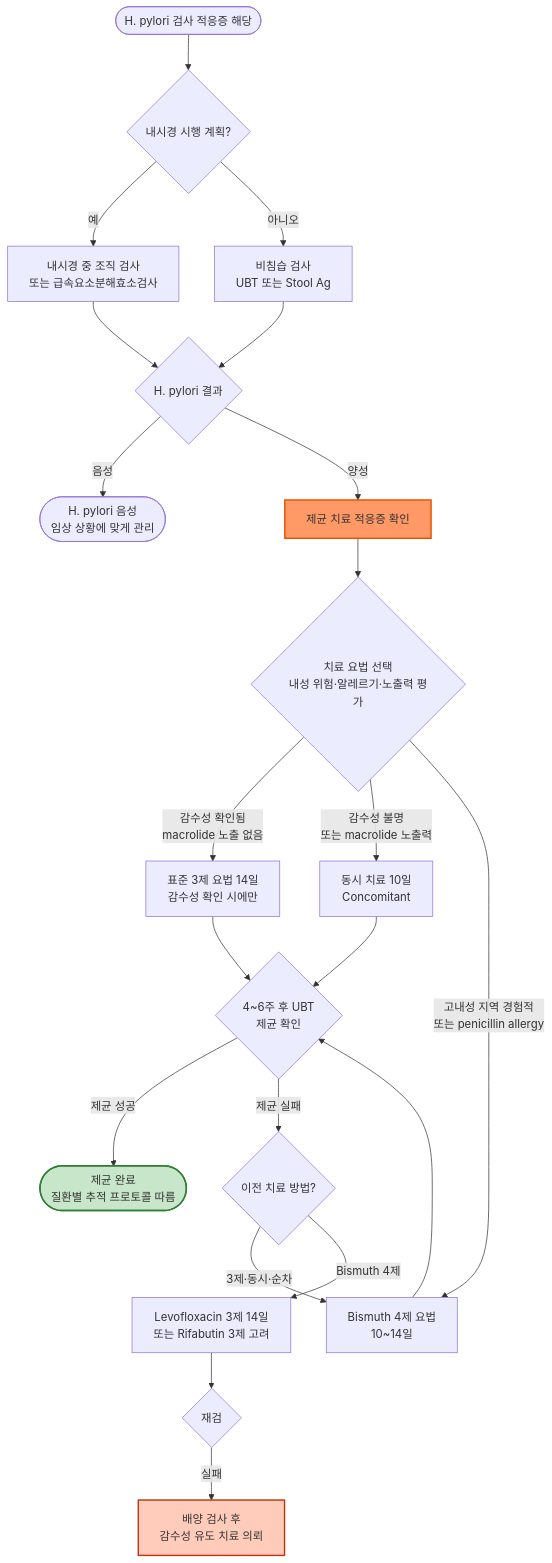
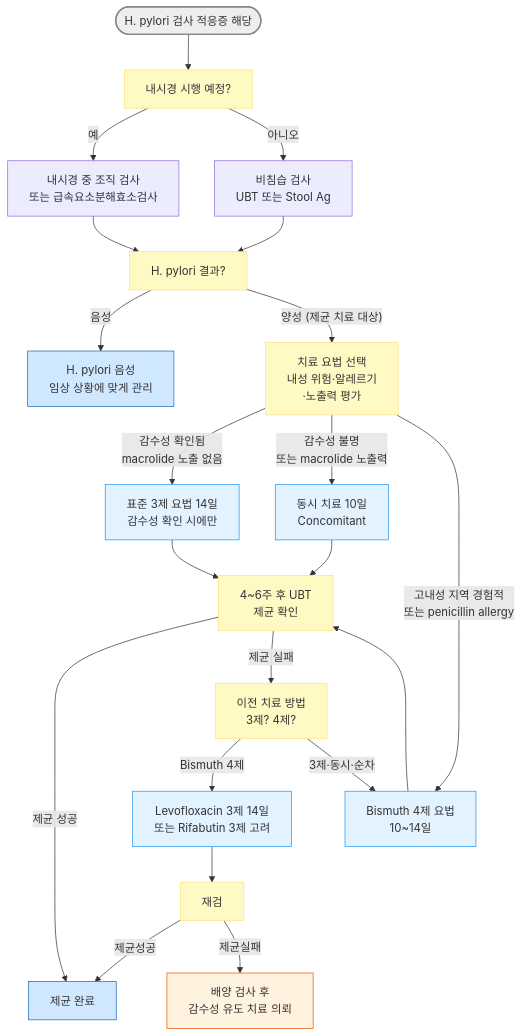
The diagram in 224_/080_-helicobacter-pylori-infection.md (familyoh77/familyoh77), drawn with Mermaid before and after one commit. The commit also changed other lines of this file, not shown here.

````diff
--- a/224_/080_-helicobacter-pylori-infection.md
+++ b/224_/080_-helicobacter-pylori-infection.md
@@ -118,27 +98,32 @@
 ```mermaid
 flowchart TD
-    A([H. pylori 검사 적응증 해당]) --> B{내시경 시행 계획?}
+    A([H. pylori 검사 적응증 해당]) --> B[내시경 시행 예정?]
     B -- 예 --> C[내시경 중 조직 검사<br/>또는 급속요소분해효소검사]
     B -- 아니오 --> D[비침습 검사<br/>UBT 또는 Stool Ag]
-    C --> E{H. pylori 결과}
+    C --> E[H. pylori 결과?]
     D --> E
-    E -- 음성 --> F([H. pylori 음성<br/>임상 상황에 맞게 관리])
-    E -- 양성 --> G[제균 치료 적응증 확인]
-    G --> H{치료 요법 선택<br/>내성 위험·알레르기·노출력 평가}
+    E -- 음성 --> F[H. pylori 음성<br/>임상 상황에 맞게 관리]
+    E -- 양성 (제균 치료 대상) --> H[치료 요법 선택<br/>내성 위험·알레르기<br/>·노출력 평가]
     H -- 감수성 확인됨<br/>macrolide 노출 없음 --> I[표준 3제 요법 14일<br/>감수성 확인 시에만]
     H -- 감수성 불명<br/>또는 macrolide 노출력 --> J[동시 치료 10일<br/>Concomitant]
     H -- 고내성 지역 경험적<br/>또는 penicillin allergy --> K[Bismuth 4제 요법<br/>10~14일]
-    I --> L{4~6주 후 UBT<br/>제균 확인}
+    I --> L[4~6주 후 UBT<br/>제균 확인]
     J --> L
     K --> L
-    L -- 제균 성공 --> M([제균 완료<br/>질환별 추적 프로토콜 따름])
-    L -- 제균 실패 --> N{이전 치료 방법?}
+    L -- 제균 성공 --> M[제균 완료]
+    L -- 제균 실패 --> N[이전 치료 방법<br/>3제? 4제?]
+    N -- Bismuth 4제 --> O[Levofloxacin 3제 14일<br/>또는 Rifabutin 3제 고려]
     N -- 3제·동시·순차 --> K
-    N -- Bismuth 4제 --> O[Levofloxacin 3제 14일<br/>또는 Rifabutin 3제 고려]
-    O --> P{재검}
-    P -- 실패 --> Q[배양 검사 후<br/>감수성 유도 치료 의뢰]
+    O --> P[재검]
+    P -- 제균성공 --> M[제균 완료]
+    P -- 제균실패 --> Q[배양 검사 후<br/>감수성 유도 치료 의뢰]
 
-    style G fill:#f96,stroke:#e65100,stroke-width:2px
-    style M fill:#c8e6c9,stroke:#2e7d32,stroke-width:2px
-    style Q fill:#ffccbc,stroke:#bf360c,stroke-width:2px
+style A fill:#eeeeee,stroke:#888888,stroke-width:2px
+classDef yellow fill:#fff9c4,stroke:#ffe082
+class B,E,H,L,N,P yellow
+classDef sky fill:#e3f2ff,stroke:#2196f3
+class I,J,K,O sky
+classDef blue fill:#d0e8ff,stroke:#1a6abf
+class F,M blue
+style Q fill:#fff3e0,stroke:#e65100,stroke-width:1px
 ```
````
